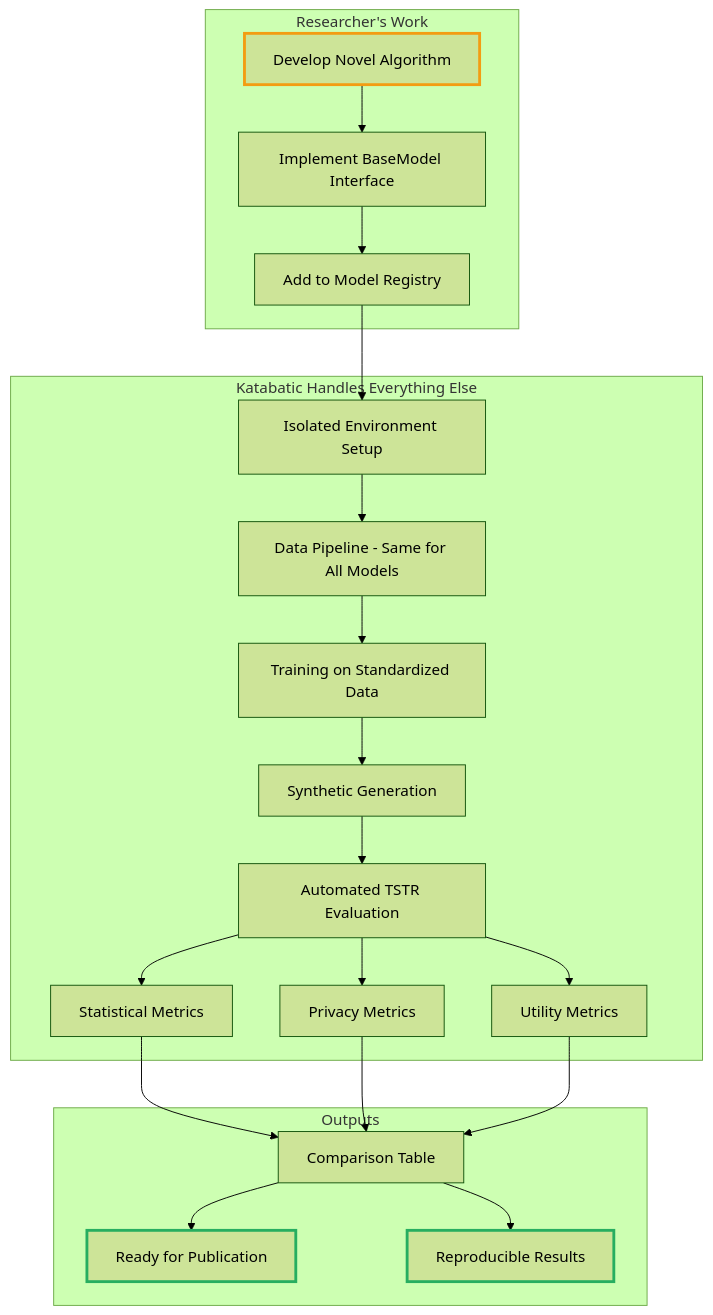
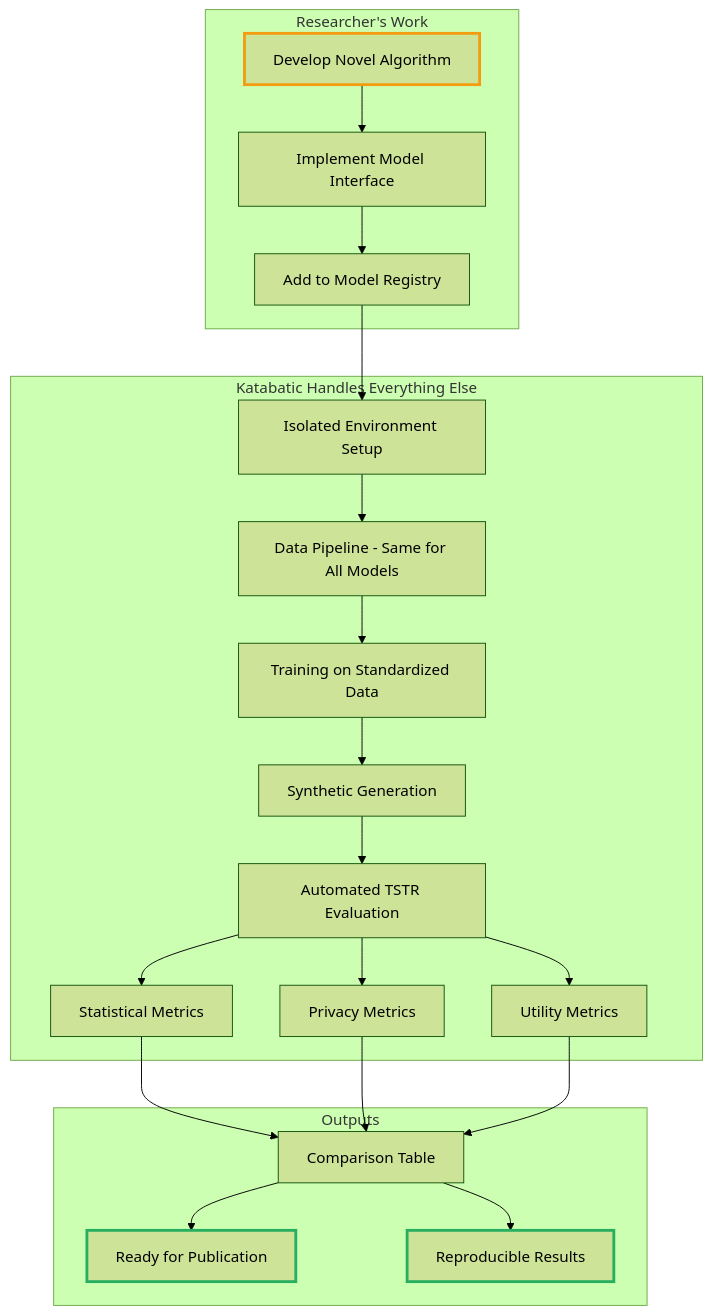
The third of 5 diagrams in APPLICATIONS.md (datascience-works/Katabatic), drawn with Mermaid (forest theme) before and after one commit. The commit also changed other lines of this file and 401 other files, not shown here.

````diff
--- a/APPLICATIONS.md
+++ b/APPLICATIONS.md
@@ -173,30 +173,30 @@
 ```mermaid
 graph TB
     subgraph "Researcher's Work"
-        A[Develop Novel Algorithm] --> B[Implement BaseModel Interface]
+        A[Develop Novel Algorithm] --> B[Implement Model Interface]
         B --> C[Add to Model Registry]
     end
 
     subgraph "Katabatic Handles Everything Else"
         C --> D[Isolated Environment Setup]
         D --> E[Data Pipeline - Same for All Models]
         E --> F[Training on Standardized Data]
         F --> G[Synthetic Generation]
         G --> H[Automated TSTR Evaluation]
         H --> I[Statistical Metrics]
         H --> J[Privacy Metrics]
         H --> K[Utility Metrics]
     end
 
     subgraph "Outputs"
         I --> L[Comparison Table]
         J --> L
         K --> L
         L --> M[Ready for Publication]
         L --> N[Reproducible Results]
     end
 
     style A stroke:#f39c12,stroke-width:3px
     style M stroke:#27ae60,stroke-width:3px
     style N stroke:#27ae60,stroke-width:3px
 ```
````
